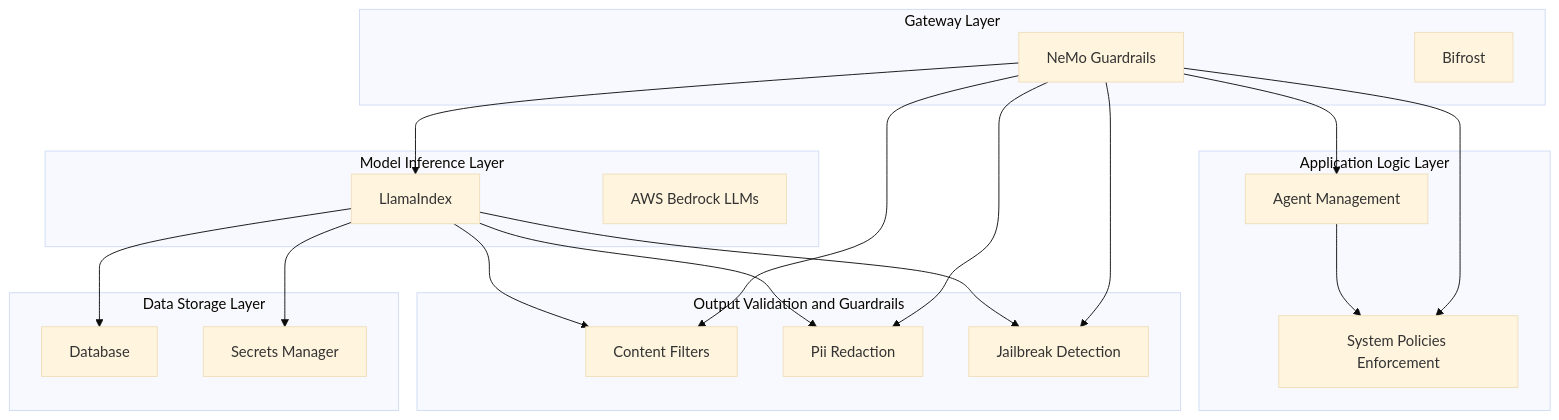
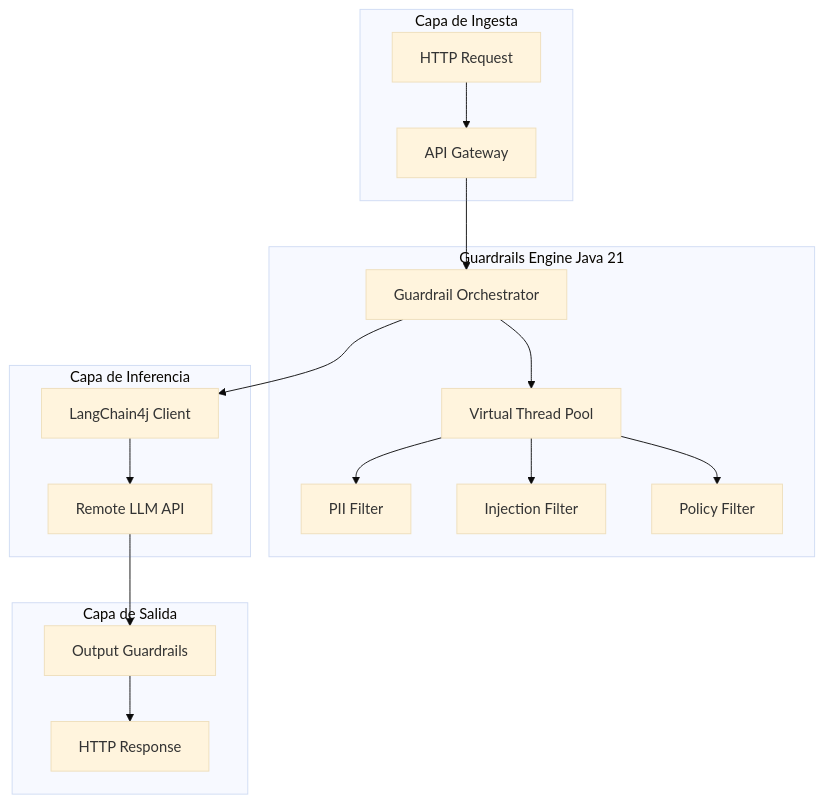
Before and after one commit to Joaquinriosheredia/DAM-Java-Mastery: the second of 2 diagrams in _Review/guardrails_y_seguridad_en_aplicaciones_llm/guardrails_y_seguridad_en_aplicaciones_llm.md, drawn with Mermaid (base theme). The commit also changed other lines of this file, not shown here.

Commit message:
Guardrails y Seguridad en Aplicaciones LLM con Java 21

````diff
--- a/_Review/guardrails_y_seguridad_en_aplicaciones_llm/guardrails_y_seguridad_en_aplicaciones_llm.md
+++ b/_Review/guardrails_y_seguridad_en_aplicaciones_llm/guardrails_y_seguridad_en_aplicaciones_llm.md
@@ -75,41 +66,24 @@
 ```mermaid
 graph TD
-    subgraph "Gateway Layer"
-        G1[NeMo Guardrails]
-        G2[Bifrost]
+    subgraph "Capa de Ingesta"
+        REQ[HTTP Request] --> GW[API Gateway]
     end
-
-    subgraph "Model Inference Layer"
-        M1[LlamaIndex]
-        M2[AWS Bedrock LLMs]
+    
+    subgraph "Guardrails Engine Java 21"
+        GW --> ORCH[Guardrail Orchestrator]
+        ORCH --> VT[Virtual Thread Pool]
+        VT --> PII[PII Filter]
+        VT --> INJ[Injection Filter]
+        VT --> POL[Policy Filter]
     end
-
-    subgraph "Output Validation and Guardrails"
-        O1[Content Filters]
-        O2[Pii Redaction]
-        O3[Jailbreak Detection]
+    
+    subgraph "Capa de Inferencia"
+        ORCH --> LLM[LangChain4j Client]
+        LLM --> MODEL[Remote LLM API]
     end
-
-    subgraph "Application Logic Layer"
-        A1[Agent Management]
-        A2[System Policies Enforcement]
+    
+    subgraph "Capa de Salida"
+        MODEL --> OUT[Output Guardrails]
+        OUT --> RES[HTTP Response]
     end
-
-    subgraph "Data Storage Layer"
-        D1[Database]
-        D2[Secrets Manager]
-    end
-
-    G1 --> M1
-    G1 --> O1
-    G1 --> O2
-    G1 --> O3
-    G1 --> A1
-    G1 --> A2
-    M1 --> O1
-    M1 --> O2
-    M1 --> O3
-    M1 --> D1
-    M1 --> D2
-    A1 --> A2
 ```
````
